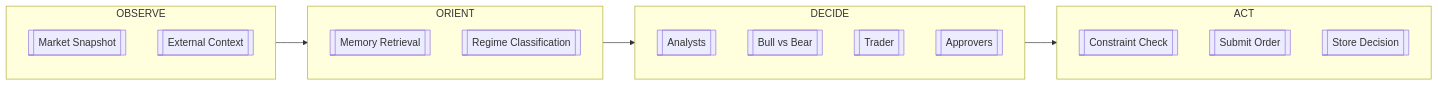
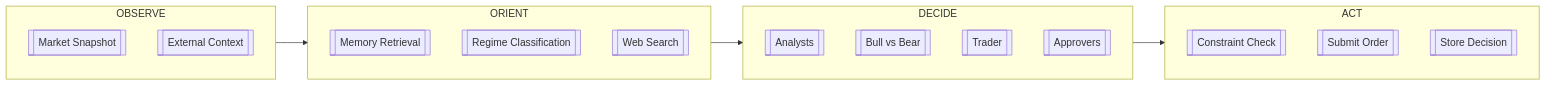
Before and after one commit to ccheney/cream: the third of 15 diagrams in ARCHITECTURE.md, drawn with Mermaid. The commit also changed other lines of this file and 30 other files, not shown here.

First line of the commit message:
feat(storage): enhance README with architecture, environment isolation, and repository patterns

````diff
--- a/ARCHITECTURE.md
+++ b/ARCHITECTURE.md
@@ -133,27 +151,28 @@
 ```mermaid
 flowchart LR
     subgraph OBSERVE
         Market[[Market Snapshot]]
         Context[[External Context]]
     end
 
     subgraph ORIENT
         Memory[[Memory Retrieval]]
         Regime[[Regime Classification]]
+        Grounding[[Web Search]]
     end
 
     subgraph DECIDE
         Analysts[[Analysts]]
         Debate[[Bull vs Bear]]
         Trade[[Trader]]
         Approve[[Approvers]]
     end
 
     subgraph ACT
         Validate[[Constraint Check]]
         Submit[[Submit Order]]
         Persist[[Store Decision]]
     end
 
     OBSERVE --> ORIENT --> DECIDE --> ACT
 ```
````
